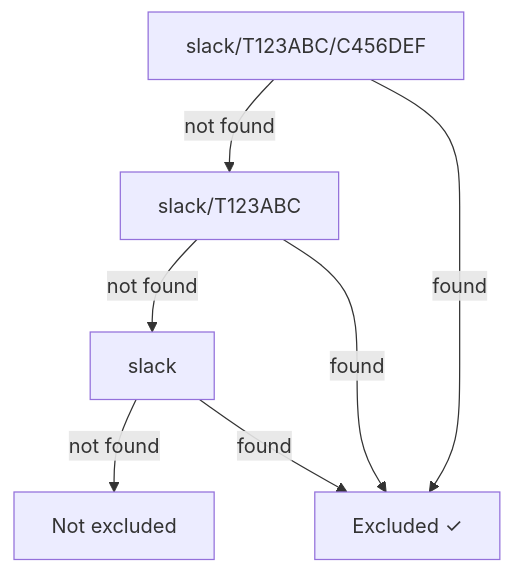
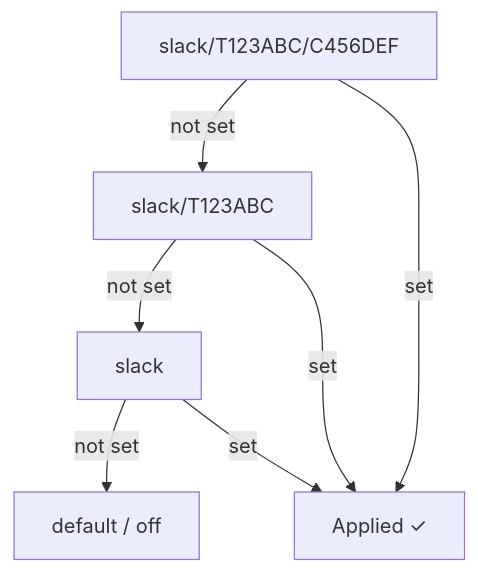
One commit to Userled-Ryan/Customerbot changed the diagram in docs/commands.md. Above: the diagram before and after it, drawn with Mermaid. The commit also changed other lines of this file and 11 other files, not shown here.

````diff
--- a/docs/commands.md
+++ b/docs/commands.md
@@ -110,9 +100,9 @@
 ```mermaid
 flowchart TD
-    A["slack/T123ABC/C456DEF"] -->|not found| B["slack/T123ABC"]
-    B -->|not found| C["slack"]
-    C -->|not found| D["Not excluded"]
-    A -->|found| E["Excluded ✓"]
-    B -->|found| E
-    C -->|found| E
+    A["slack/T123ABC/C456DEF"] -->|not set| B["slack/T123ABC"]
+    B -->|not set| C["slack"]
+    C -->|not set| D["default / off"]
+    A -->|set| E["Applied ✓"]
+    B -->|set| E
+    C -->|set| E
 ```
````
